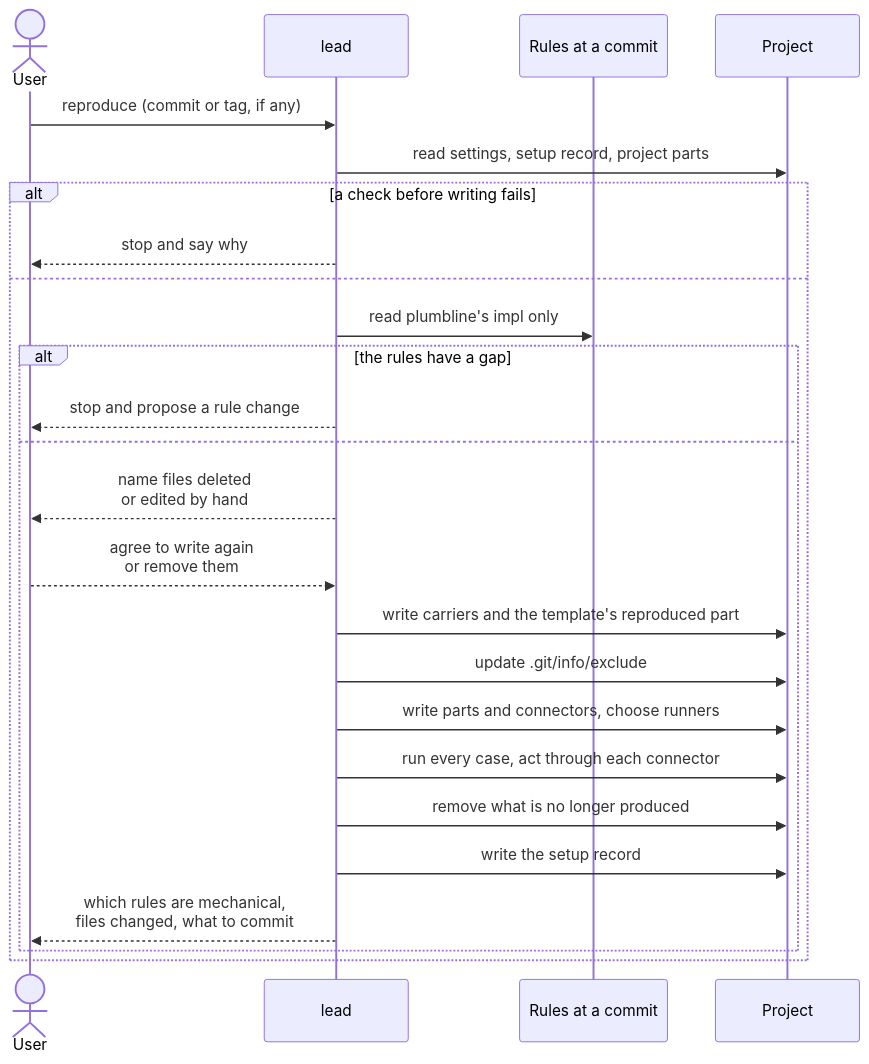
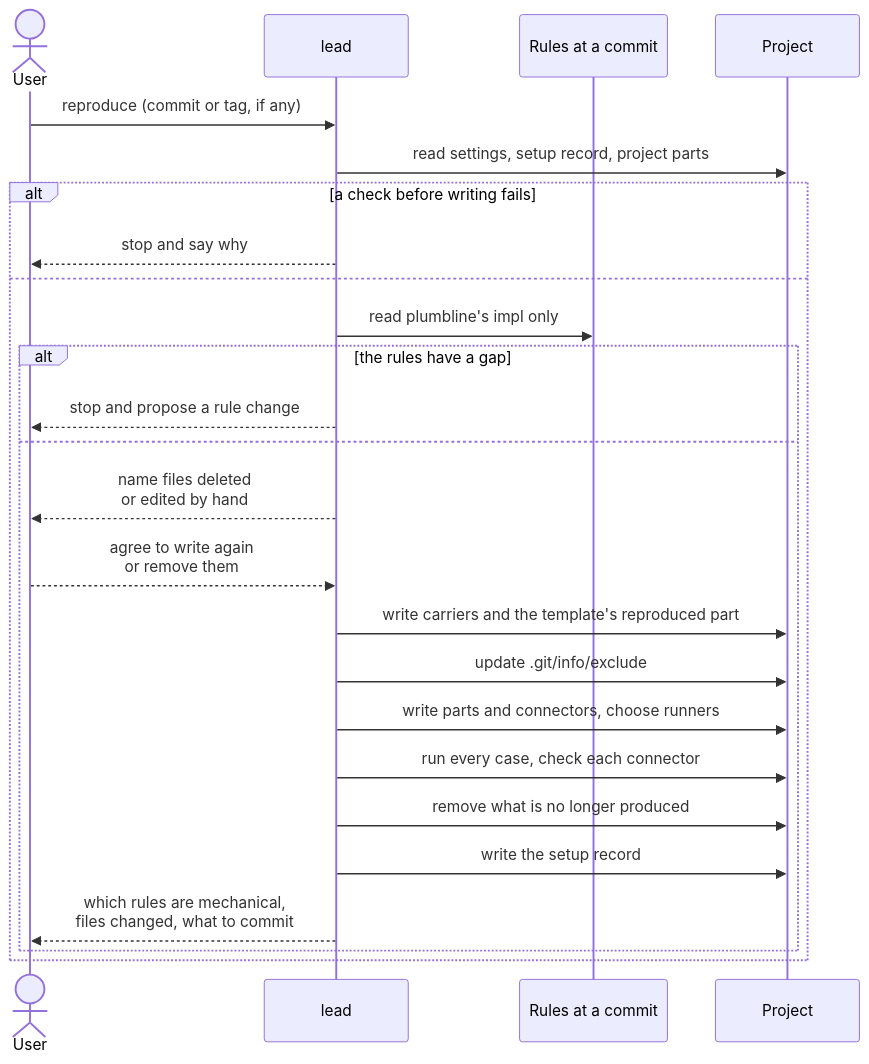
One commit to jheun66/plumbline changed the first of 2 diagrams in docs/design/reproduction.md. Above: the diagram before and after it, drawn with Mermaid. The commit also changed other lines of this file and 14 other files, not shown here.

````diff
--- a/docs/design/reproduction.md
+++ b/docs/design/reproduction.md
@@ -86,27 +97,27 @@
 ```mermaid
 sequenceDiagram
   actor U as User
   participant L as lead
   participant R as Rules at a commit
   participant P as Project
   U->>L: reproduce (commit or tag, if any)
   L->>P: read settings, setup record, project parts
   alt a check before writing fails
     L-->>U: stop and say why
   else
     L->>R: read plumbline's impl only
     alt the rules have a gap
       L-->>U: stop and propose a rule change
     else
       L-->>U: name files deleted<br/>or edited by hand
       U-->>L: agree to write again<br/>or remove them
       L->>P: write carriers and the template's reproduced part
       L->>P: update .git/info/exclude
       L->>P: write parts and connectors, choose runners
-      L->>P: run every case, act through each connector
+      L->>P: run every case, check each connector
       L->>P: remove what is no longer produced
       L->>P: write the setup record
       L-->>U: which rules are mechanical,<br/>files changed, what to commit
     end
   end
 ```
````
